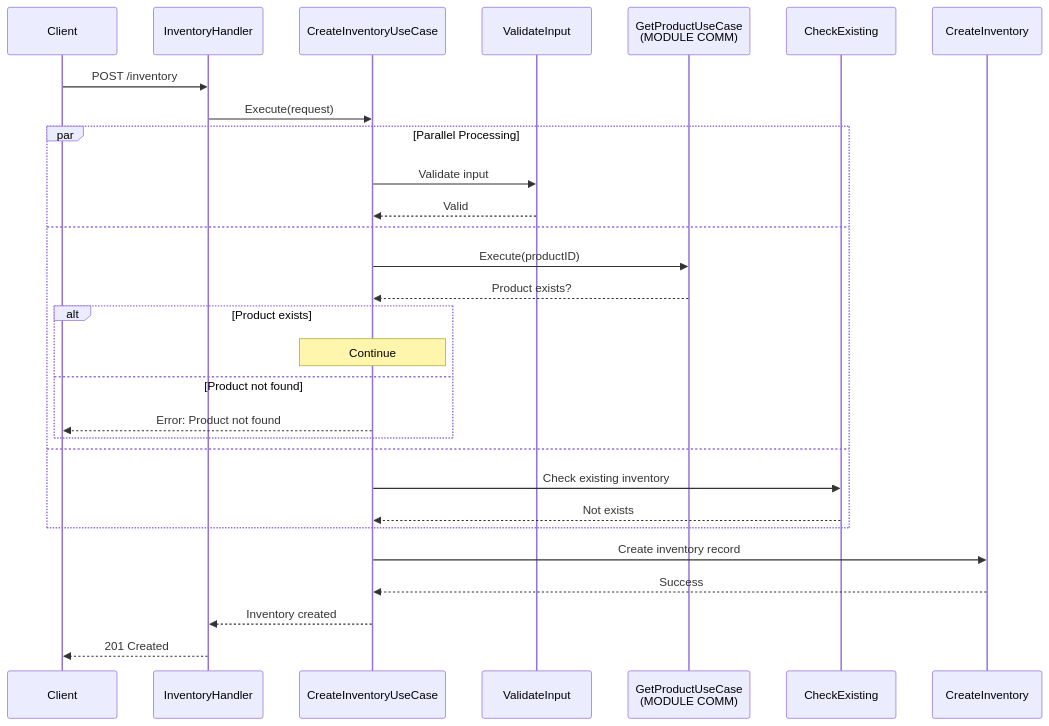
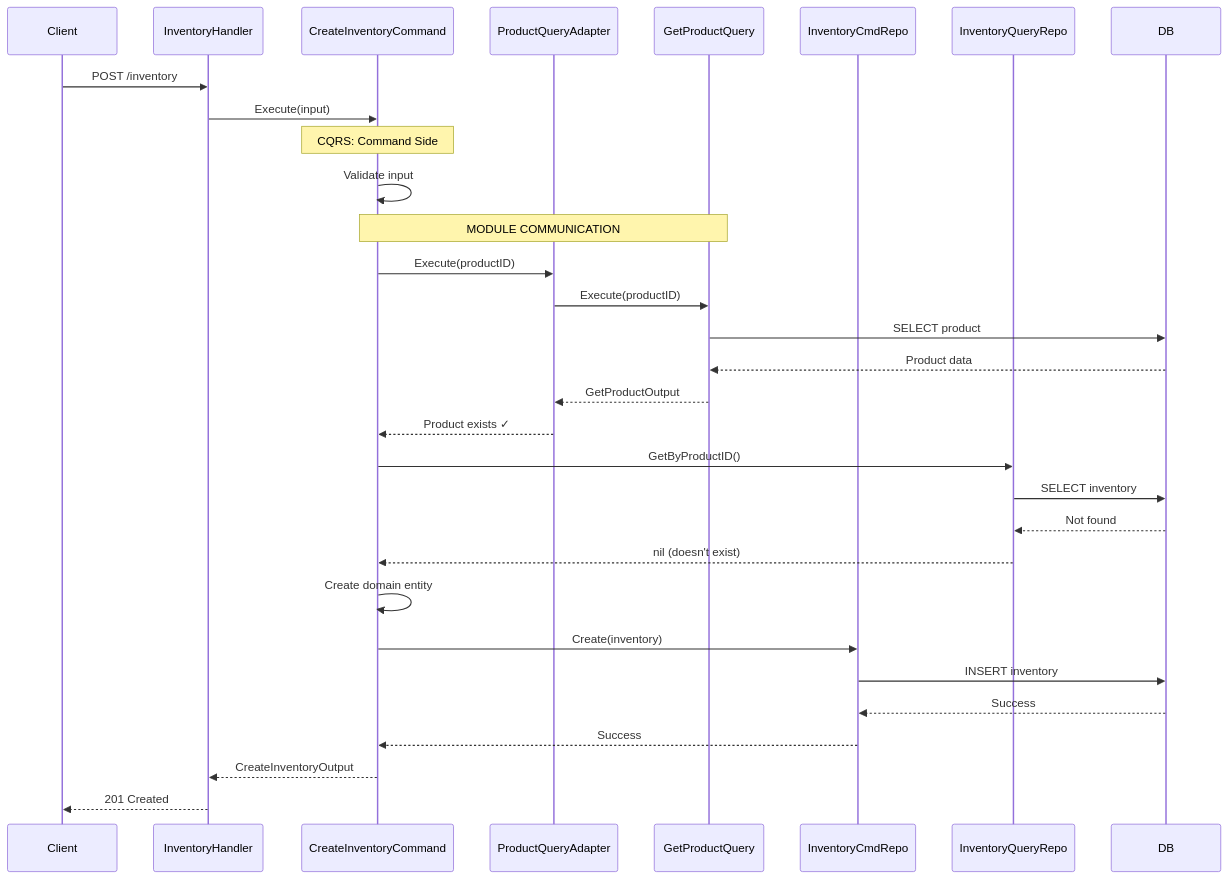
The third of 10 diagrams in ARCHITECTURE_DIAGRAM.md (JoshuaPangaribuan/clean-arch-ddd), drawn with Mermaid before and after one commit. The commit also changed other lines of this file and 19 other files, not shown here.

First line of the commit message:
feat: Implement CQRS pattern with bug fixes and architecture updates

````diff
--- a/ARCHITECTURE_DIAGRAM.md
+++ b/ARCHITECTURE_DIAGRAM.md
@@ -95,34 +151,40 @@
 ```mermaid
 sequenceDiagram
     participant Client
     participant InventoryHandler
-    participant CreateInventoryUseCase
-    participant ValidateInput
-    participant GetProductUseCase as GetProductUseCase<br/>(MODULE COMM)
-    participant CheckExisting
-    participant CreateInventory
+    participant CreateInventoryCommand
+    participant ProductQueryAdapter
+    participant GetProductQuery
+    participant InventoryCmdRepo
+    participant InventoryQueryRepo
+    participant DB
     
     Client->>InventoryHandler: POST /inventory
-    InventoryHandler->>CreateInventoryUseCase: Execute(request)
+    InventoryHandler->>CreateInventoryCommand: Execute(input)
     
-    par Parallel Processing
-        CreateInventoryUseCase->>ValidateInput: Validate input
-        ValidateInput-->>CreateInventoryUseCase: Valid
-    and
-        CreateInventoryUseCase->>GetProductUseCase: Execute(productID)
-        GetProductUseCase-->>CreateInventoryUseCase: Product exists?
-        alt Product exists
-            Note over CreateInventoryUseCase: Continue
-        else Product not found
-            CreateInventoryUseCase-->>Client: Error: Product not found
-        end
-    and
-        CreateInventoryUseCase->>CheckExisting: Check existing inventory
-        CheckExisting-->>CreateInventoryUseCase: Not exists
-    end
+    Note over CreateInventoryCommand: CQRS: Command Side
     
-    CreateInventoryUseCase->>CreateInventory: Create inventory record
-    CreateInventory-->>CreateInventoryUseCase: Success
-    CreateInventoryUseCase-->>InventoryHandler: Inventory created
+    CreateInventoryCommand->>CreateInventoryCommand: Validate input
+    
+    Note over CreateInventoryCommand,GetProductQuery: MODULE COMMUNICATION
+    CreateInventoryCommand->>ProductQueryAdapter: Execute(productID)
+    ProductQueryAdapter->>GetProductQuery: Execute(productID)
+    GetProductQuery->>DB: SELECT product
+    DB-->>GetProductQuery: Product data
+    GetProductQuery-->>ProductQueryAdapter: GetProductOutput
+    ProductQueryAdapter-->>CreateInventoryCommand: Product exists ✓
+    
+    CreateInventoryCommand->>InventoryQueryRepo: GetByProductID()
+    InventoryQueryRepo->>DB: SELECT inventory
+    DB-->>InventoryQueryRepo: Not found
+    InventoryQueryRepo-->>CreateInventoryCommand: nil (doesn't exist)
+    
+    CreateInventoryCommand->>CreateInventoryCommand: Create domain entity
+    CreateInventoryCommand->>InventoryCmdRepo: Create(inventory)
+    InventoryCmdRepo->>DB: INSERT inventory
+    DB-->>InventoryCmdRepo: Success
+    InventoryCmdRepo-->>CreateInventoryCommand: Success
+    
+    CreateInventoryCommand-->>InventoryHandler: CreateInventoryOutput
     InventoryHandler-->>Client: 201 Created
 ```
````
